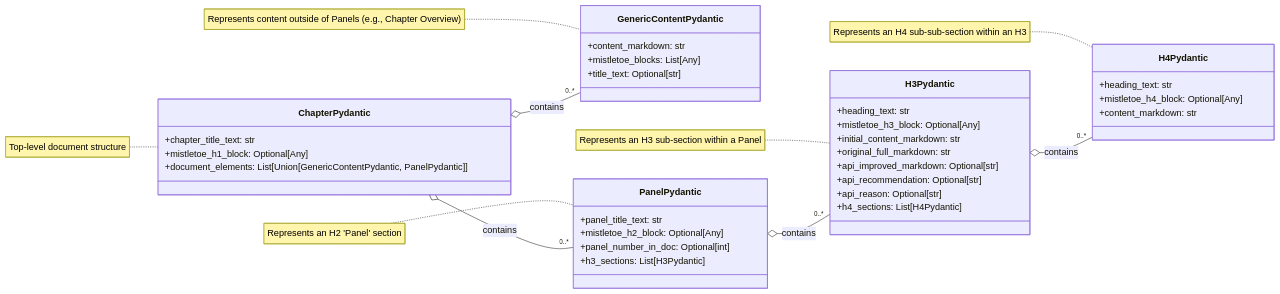
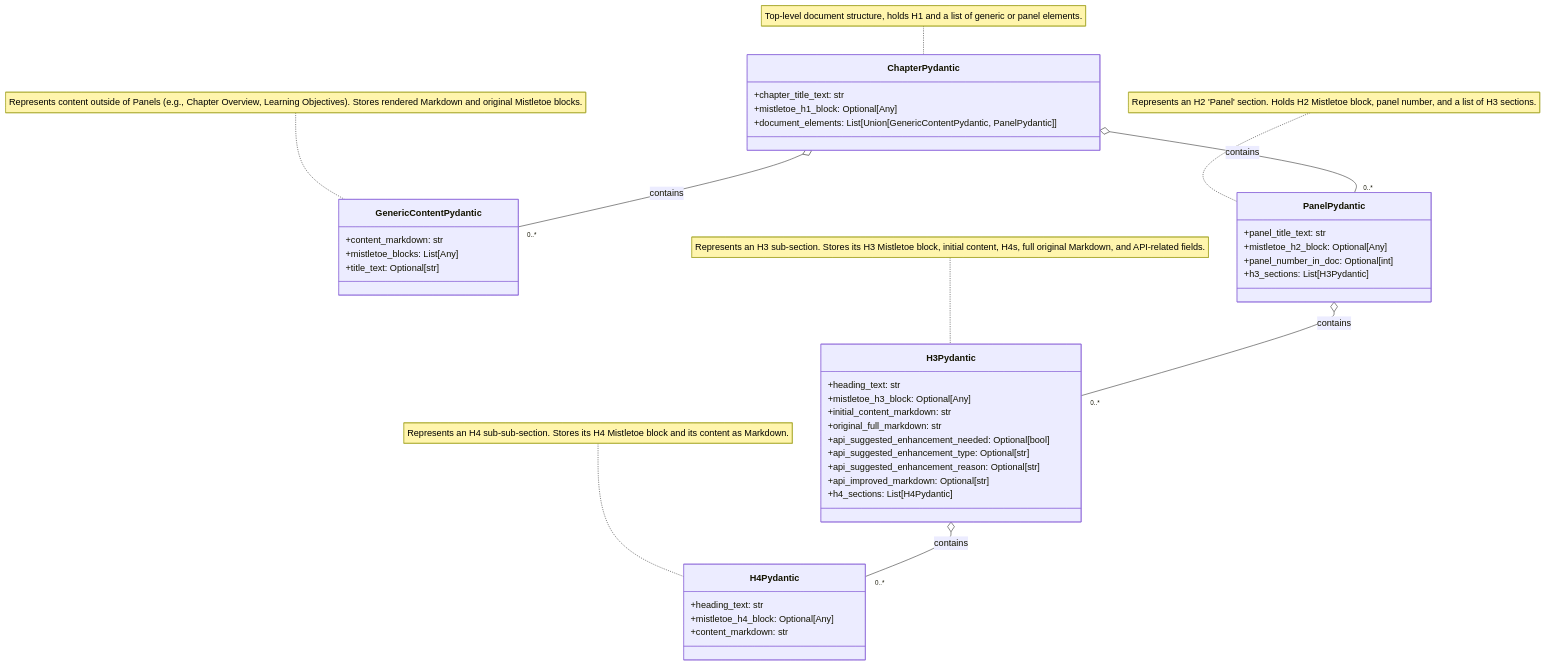
The diagram in diagrams/diagram.md (StevenJUlbrich/markdown_editor), drawn with Mermaid before and after one commit. The commit also changed other lines of this file and 5 other files, not shown here.

````diff
--- a/diagrams/diagram.md
+++ b/diagrams/diagram.md
@@ -1,52 +3,53 @@
 ```mermaid
 classDiagram
-    direction LR
+    direction TD
 
     class ChapterPydantic {
         +chapter_title_text: str
         +mistletoe_h1_block: Optional[Any]
         +document_elements: List[Union[GenericContentPydantic, PanelPydantic]]
     }
 
     class GenericContentPydantic {
         +content_markdown: str
         +mistletoe_blocks: List[Any]
         +title_text: Optional[str]
     }
 
     class PanelPydantic {
         +panel_title_text: str
         +mistletoe_h2_block: Optional[Any]
         +panel_number_in_doc: Optional[int]
         +h3_sections: List[H3Pydantic]
     }
 
     class H3Pydantic {
         +heading_text: str
         +mistletoe_h3_block: Optional[Any]
         +initial_content_markdown: str
         +original_full_markdown: str
+        +api_suggested_enhancement_needed: Optional[bool]
+        +api_suggested_enhancement_type: Optional[str]
+        +api_suggested_enhancement_reason: Optional[str]
         +api_improved_markdown: Optional[str]
-        +api_recommendation: Optional[str]
-        +api_reason: Optional[str]
         +h4_sections: List[H4Pydantic]
     }
 
     class H4Pydantic {
         +heading_text: str
         +mistletoe_h4_block: Optional[Any]
         +content_markdown: str
     }
 
     ChapterPydantic o-- "0..*" GenericContentPydantic : contains
     ChapterPydantic o-- "0..*" PanelPydantic : contains
     PanelPydantic   o-- "0..*" H3Pydantic : contains
     H3Pydantic      o-- "0..*" H4Pydantic : contains
 
-    note for ChapterPydantic "Top-level document structure"
-    note for PanelPydantic "Represents an H2 'Panel' section"
-    note for H3Pydantic "Represents an H3 sub-section within a Panel"
-    note for H4Pydantic "Represents an H4 sub-sub-section within an H3"
-    note for GenericContentPydantic "Represents content outside of Panels (e.g., Chapter Overview)"
+    note for ChapterPydantic "Top-level document structure, holds H1 and a list of generic or panel elements."
+    note for GenericContentPydantic "Represents content outside of Panels (e.g., Chapter Overview, Learning Objectives). Stores rendered Markdown and original Mistletoe blocks."
+    note for PanelPydantic "Represents an H2 'Panel' section. Holds H2 Mistletoe block, panel number, and a list of H3 sections."
+    note for H3Pydantic "Represents an H3 sub-section. Stores its H3 Mistletoe block, initial content, H4s, full original Markdown, and API-related fields."
+    note for H4Pydantic "Represents an H4 sub-sub-section. Stores its H4 Mistletoe block and its content as Markdown."
 
 ```
````
